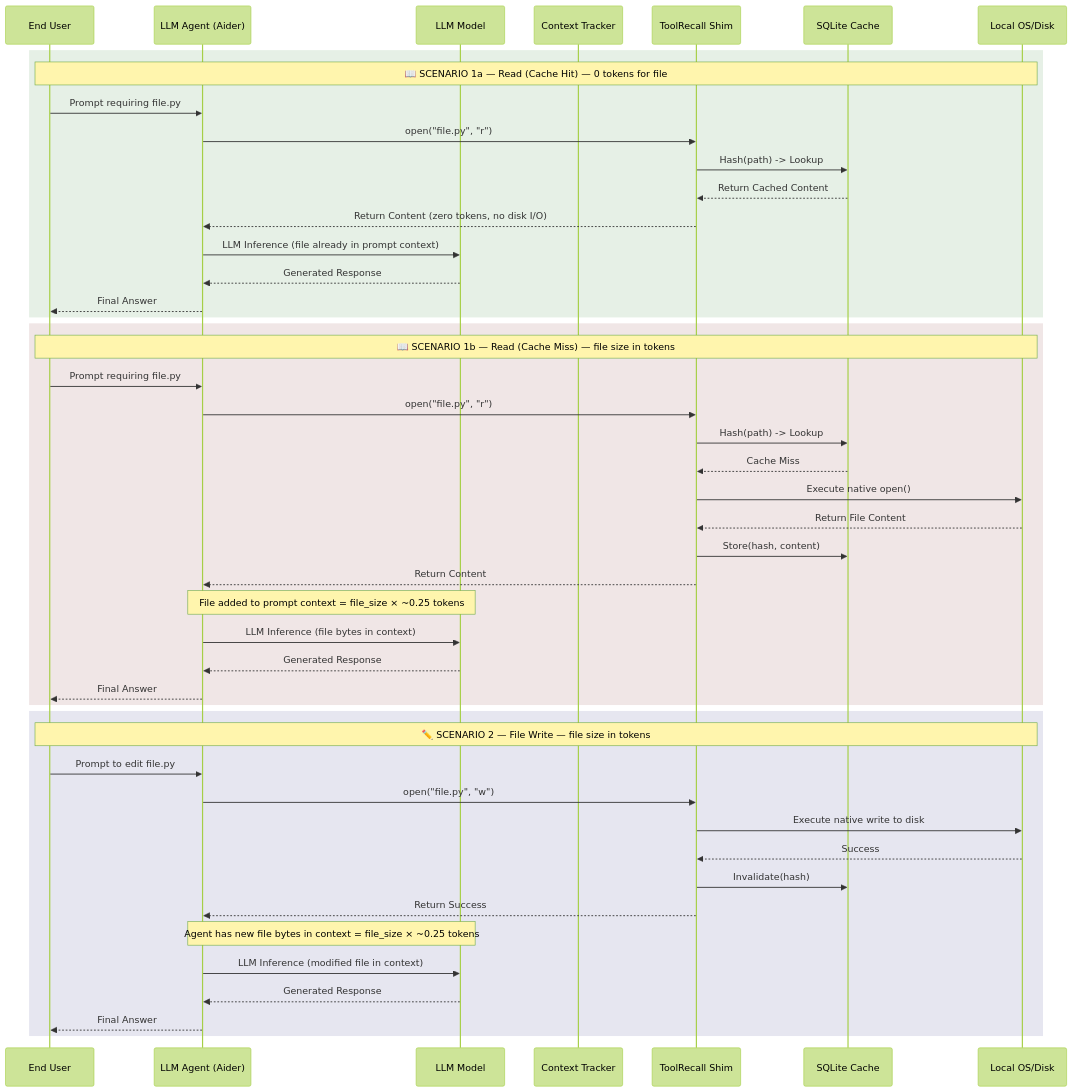
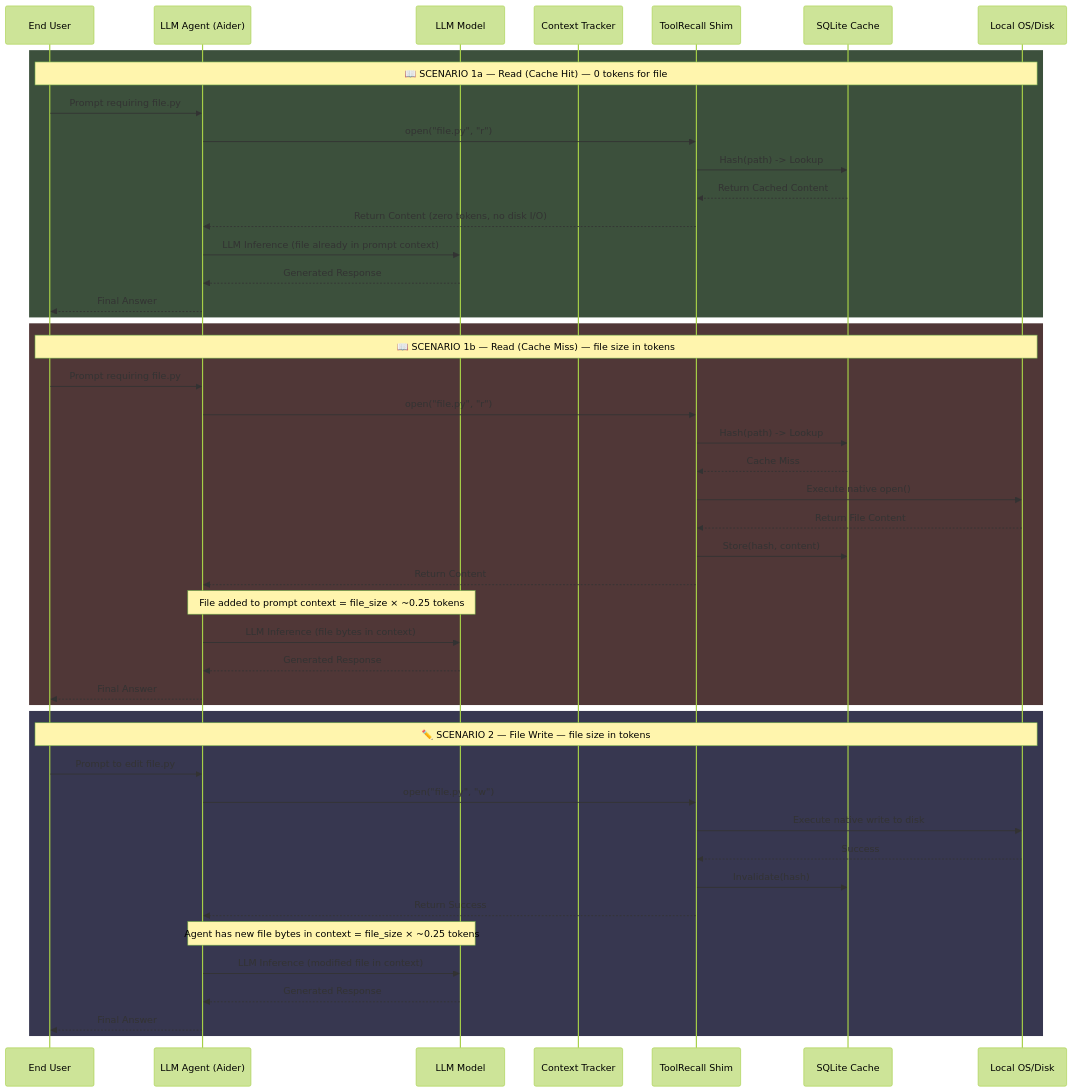
One commit to whiskybeer/toolrecall changed the second of 2 diagrams in docs/ARCHITECTURE_DIAGRAM.md. Above: the diagram before and after it, drawn with Mermaid (forest theme).

Commit message:
fix: medium-dark sequence diagram rects for dual-mode readability

````diff
--- a/docs/ARCHITECTURE_DIAGRAM.md
+++ b/docs/ARCHITECTURE_DIAGRAM.md
@@ -56,52 +56,52 @@
 ```mermaid
 sequenceDiagram
     participant User as End User
     participant Agent as LLM Agent (Aider)
     participant Model as LLM Model
     participant CT as Context Tracker
     participant Shim as ToolRecall Shim
     participant SQLite as SQLite Cache
     participant OS as Local OS/Disk
 
-    rect rgb(230, 240, 230)
+    rect rgb(60, 80, 60)
     Note over User, OS: 📖 SCENARIO 1a — Read (Cache Hit) — 0 tokens for file
     User->>Agent: Prompt requiring file.py
     Agent->>Shim: open("file.py", "r")
     Shim->>SQLite: Hash(path) -> Lookup
     SQLite-->>Shim: Return Cached Content
     Shim-->>Agent: Return Content (zero tokens, no disk I/O)
     Agent->>Model: LLM Inference (file already in prompt context)
     Model-->>Agent: Generated Response
     Agent-->>User: Final Answer
     end
 
-    rect rgb(240, 230, 230)
+    rect rgb(80, 55, 55)
     Note over User, OS: 📖 SCENARIO 1b — Read (Cache Miss) — file size in tokens
     User->>Agent: Prompt requiring file.py
     Agent->>Shim: open("file.py", "r")
     Shim->>SQLite: Hash(path) -> Lookup
     SQLite-->>Shim: Cache Miss
     Shim->>OS: Execute native open()
     OS-->>Shim: Return File Content
     Shim->>SQLite: Store(hash, content)
     Shim-->>Agent: Return Content
     Note over Agent, Model: File added to prompt context = file_size × ~0.25 tokens
     Agent->>Model: LLM Inference (file bytes in context)
     Model-->>Agent: Generated Response
     Agent-->>User: Final Answer
     end
 
-    rect rgb(230, 230, 240)
+    rect rgb(55, 55, 80)
     Note over User, OS: ✏️ SCENARIO 2 — File Write — file size in tokens
     User->>Agent: Prompt to edit file.py
     Agent->>Shim: open("file.py", "w")
     Shim->>OS: Execute native write to disk
     OS-->>Shim: Success
     Shim->>SQLite: Invalidate(hash)
     Shim-->>Agent: Return Success
     Note over Agent, Model: Agent has new file bytes in context = file_size × ~0.25 tokens
     Agent->>Model: LLM Inference (modified file in context)
     Model-->>Agent: Generated Response
     Agent-->>User: Final Answer
     end
 ```
````
